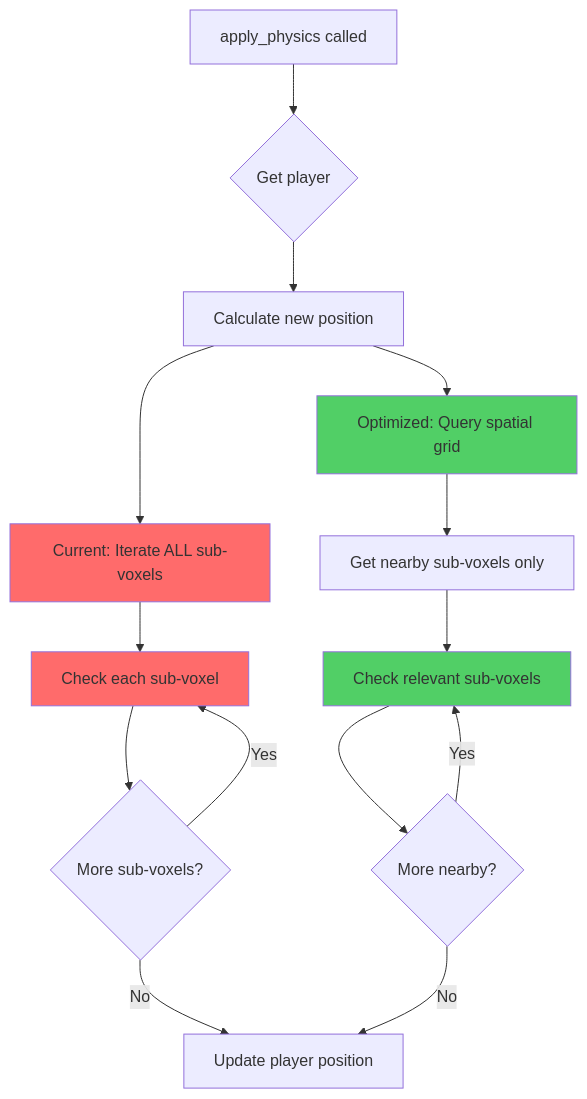
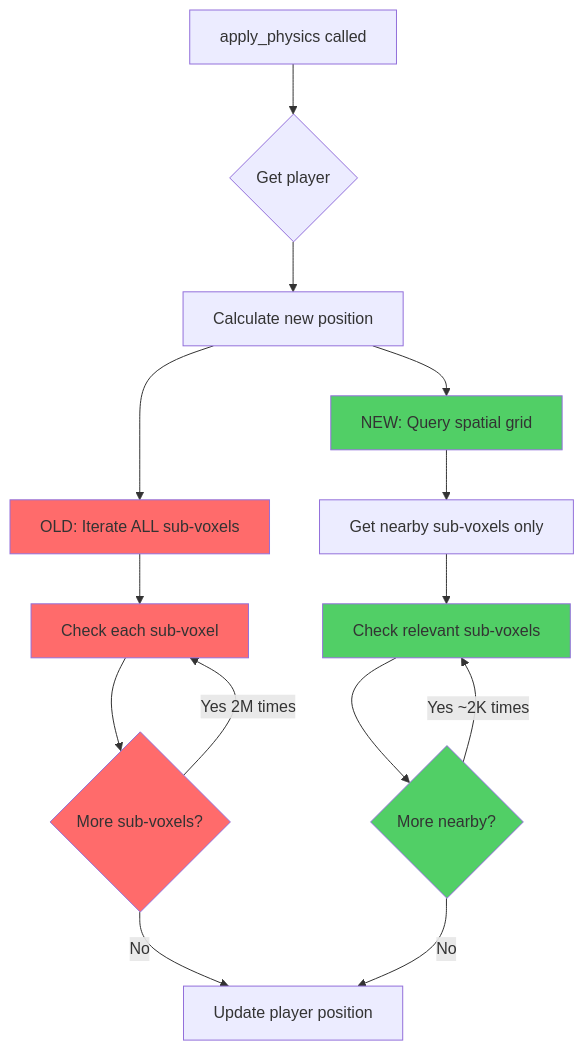
The diagram in docs/developer-guide/systems/physics-analysis.md (ctejada85/adrakestory), drawn with Mermaid before and after one commit. The commit also changed other lines of this file, not shown here.

Commit message:
fix: Update physics analysis documentation to reflect spatial grid optimization implementation

````diff
--- a/docs/developer-guide/systems/physics-analysis.md
+++ b/docs/developer-guide/systems/physics-analysis.md
@@ -229,23 +208,25 @@
 ```mermaid
 graph TD
     A[apply_physics called] --> B{Get player}
     B --> C[Calculate new position]
     
-    C --> D[Current: Iterate ALL sub-voxels]
+    C --> D[OLD: Iterate ALL sub-voxels]
     D --> E[Check each sub-voxel]
     E --> F{More sub-voxels?}
-    F -->|Yes| E
+    F -->|Yes 2M times| E
     F -->|No| G[Update player position]
     
-    C --> H[Optimized: Query spatial grid]
+    C --> H[NEW: Query spatial grid]
     H --> I[Get nearby sub-voxels only]
     I --> J[Check relevant sub-voxels]
     J --> K{More nearby?}
-    K -->|Yes| J
+    K -->|Yes ~2K times| J
     K -->|No| G
     
     style D fill:#ff6b6b
     style H fill:#51cf66
     style E fill:#ff6b6b
     style J fill:#51cf66
+    style F fill:#ff6b6b
+    style K fill:#51cf66
 ```
````
